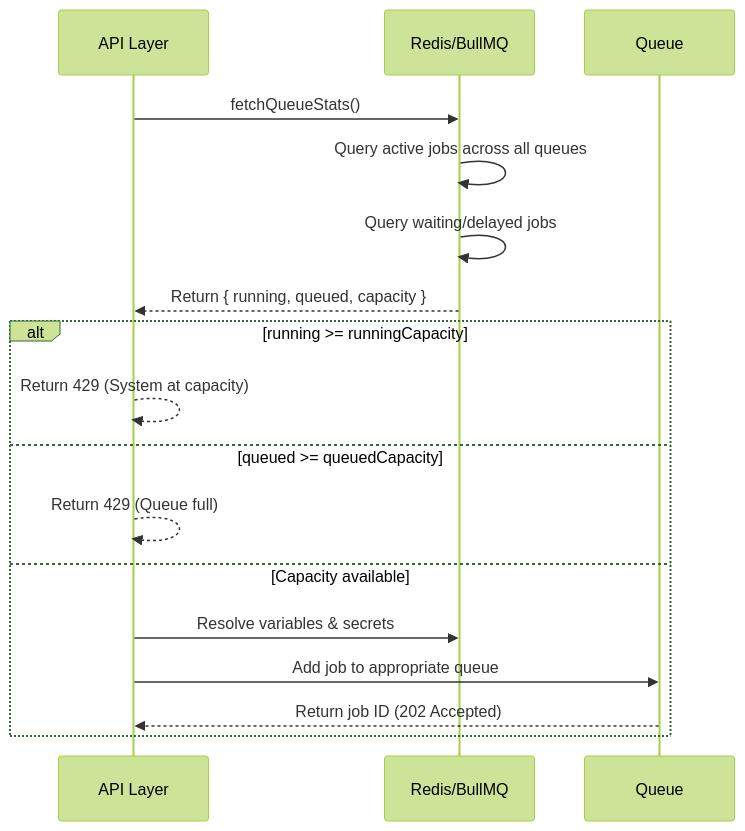
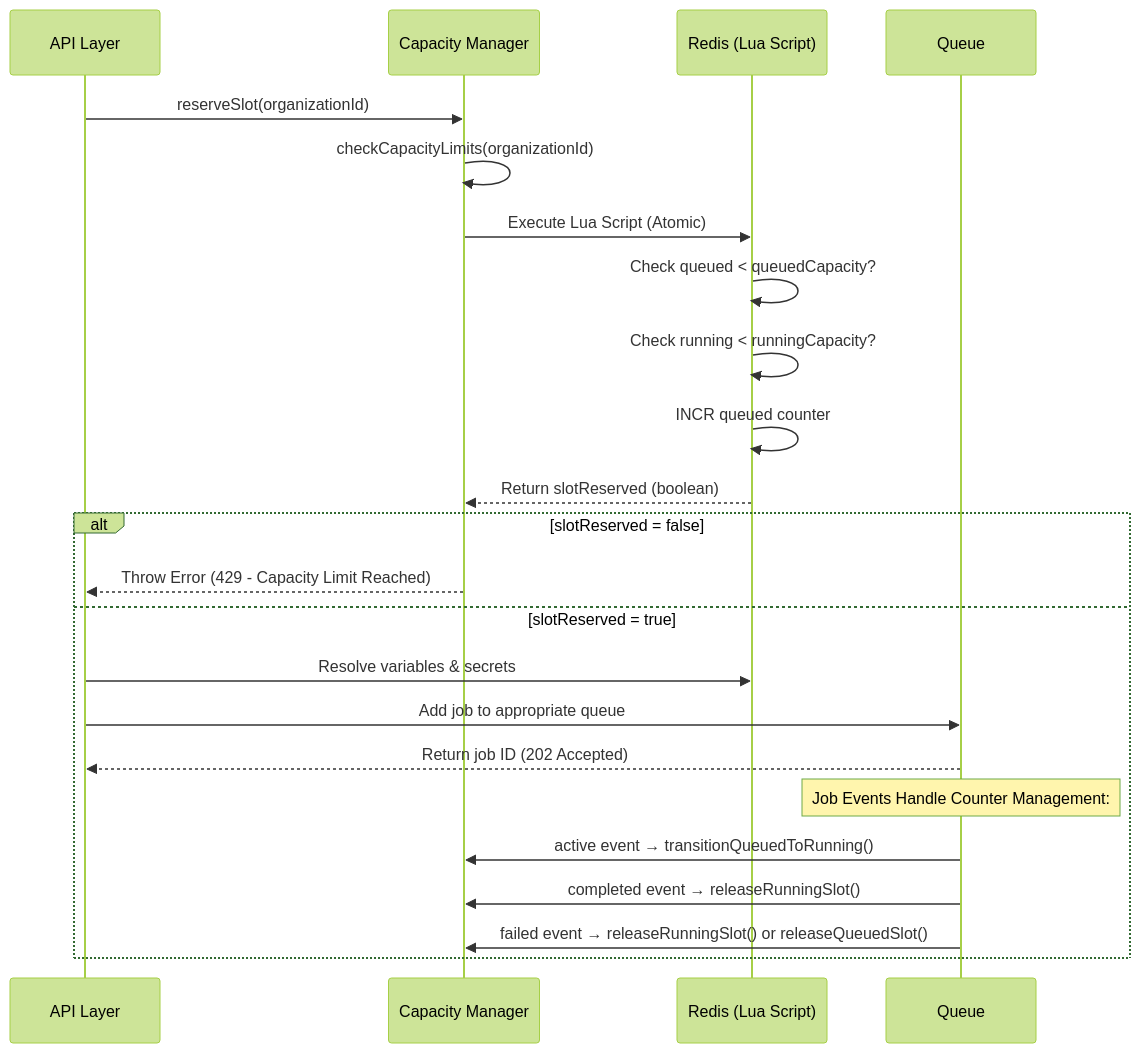
The fifth of 24 diagrams in specs/03-execution/EXECUTION_SYSTEM.md (supercheck-io/supercheck), drawn with Mermaid (forest theme) before and after one commit. The commit also changed other lines of this file and 26 other files, not shown here.

````diff
--- a/specs/03-execution/EXECUTION_SYSTEM.md
+++ b/specs/03-execution/EXECUTION_SYSTEM.md
@@ -317,21 +332,28 @@
 ```mermaid
 sequenceDiagram
     participant API as API Layer
-    participant Redis as Redis/BullMQ
+    participant CM as Capacity Manager
+    participant Redis as Redis (Lua Script)
     participant Queue as Queue
 
-    API->>Redis: fetchQueueStats()
-    Redis->>Redis: Query active jobs across all queues
-    Redis->>Redis: Query waiting/delayed jobs
-    Redis-->>API: Return { running, queued, capacity }
+    API->>CM: reserveSlot(organizationId)
+    CM->>CM: checkCapacityLimits(organizationId)
+    CM->>Redis: Execute Lua Script (Atomic)
+    Redis->>Redis: Check queued < queuedCapacity?
+    Redis->>Redis: Check running < runningCapacity?
+    Redis->>Redis: INCR queued counter
+    Redis-->>CM: Return slotReserved (boolean)
 
-    alt running >= runningCapacity
-        API-->>API: Return 429 (System at capacity)
-    else queued >= queuedCapacity
-        API-->>API: Return 429 (Queue full)
-    else Capacity available
+    alt slotReserved = false
+        CM-->>API: Throw Error (429 - Capacity Limit Reached)
+    else slotReserved = true
         API->>Redis: Resolve variables & secrets
         API->>Queue: Add job to appropriate queue
         Queue-->>API: Return job ID (202 Accepted)
+        
+        Note over Queue: Job Events Handle Counter Management:
+        Queue->>CM: active event → transitionQueuedToRunning()
+        Queue->>CM: completed event → releaseRunningSlot()
+        Queue->>CM: failed event → releaseRunningSlot() or releaseQueuedSlot()
     end
 ```
````
